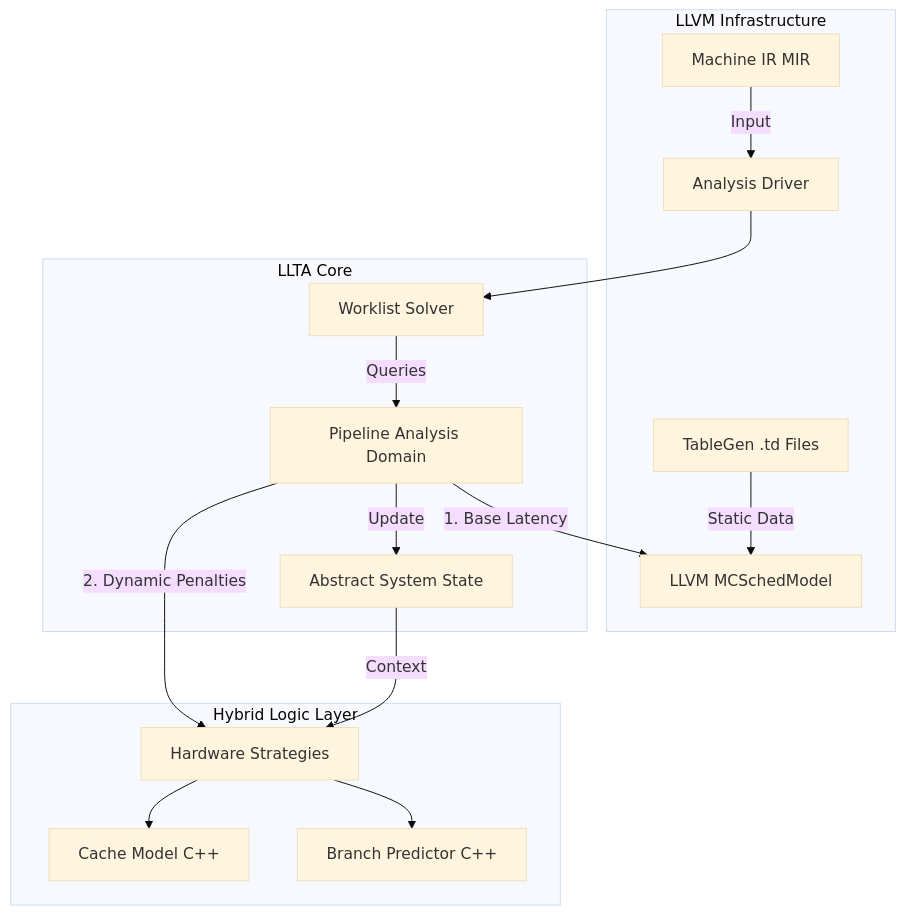
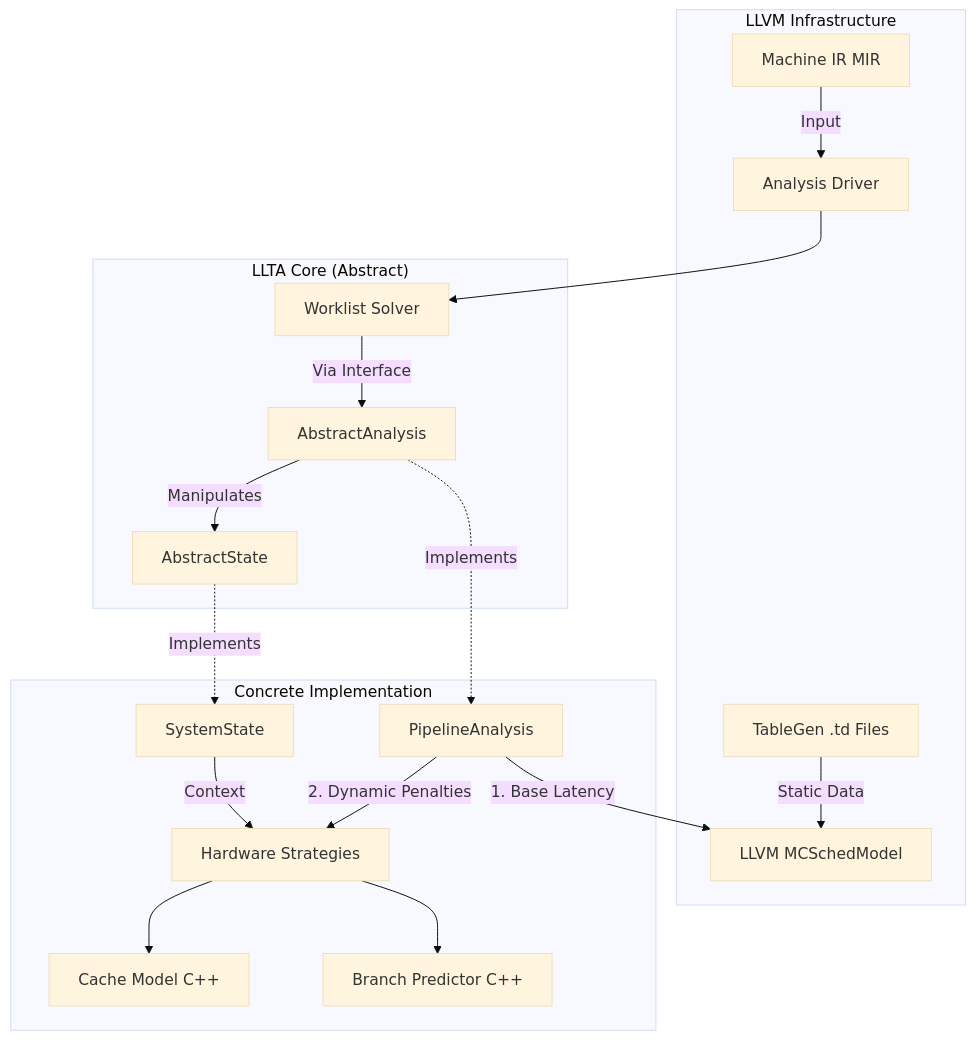
Before and after one commit to nilhoel1/LLTA: the diagram in .ai/ANALYSIS_DESIGN.md, drawn with Mermaid (base theme). The commit also changed other lines of this file and 3 other files, not shown here.

Commit message:
More concrete Analysis Plan.

````diff
--- a/.ai/ANALYSIS_DESIGN.md
+++ b/.ai/ANALYSIS_DESIGN.md
@@ -7,23 +7,26 @@
 ```mermaid
 graph TD
     subgraph "LLVM Infrastructure"
         MIR[Machine IR MIR] --> |Input| Driver
         TD[TableGen .td Files] --> |Static Data| SchedModel[LLVM MCSchedModel]
     end
 
-    subgraph "LLTA Core"
+    subgraph "LLTA Core (Abstract)"
         Driver[Analysis Driver] --> Solver[Worklist Solver]
-        Solver --> |Queries| Domain[Pipeline Analysis Domain]
-        Domain --> |Update| State[Abstract System State]
+        Solver --> |Via Interface| Analysis[AbstractAnalysis]
+        Analysis --> |Manipulates| State[AbstractState]
     end
 
-    subgraph "Hybrid Logic Layer"
-        Domain --> |1. Base Latency| SchedModel
-        Domain --> |2. Dynamic Penalties| Strat[Hardware Strategies]
+    subgraph "Concrete Implementation"
+        Analysis -.-> |Implements| Pipeline[PipelineAnalysis]
+        State -.-> |Implements| SysState[SystemState]
+        
+        Pipeline --> |1. Base Latency| SchedModel
+        Pipeline --> |2. Dynamic Penalties| Strat[Hardware Strategies]
         
         Strat --> Cache[Cache Model C++]
         Strat --> BP[Branch Predictor C++]
         
-        State --> |Context| Strat
+        SysState --> |Context| Strat
     end
 ```
````
